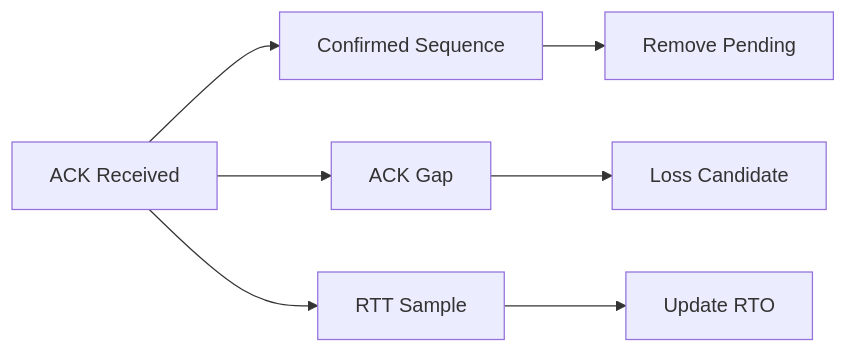
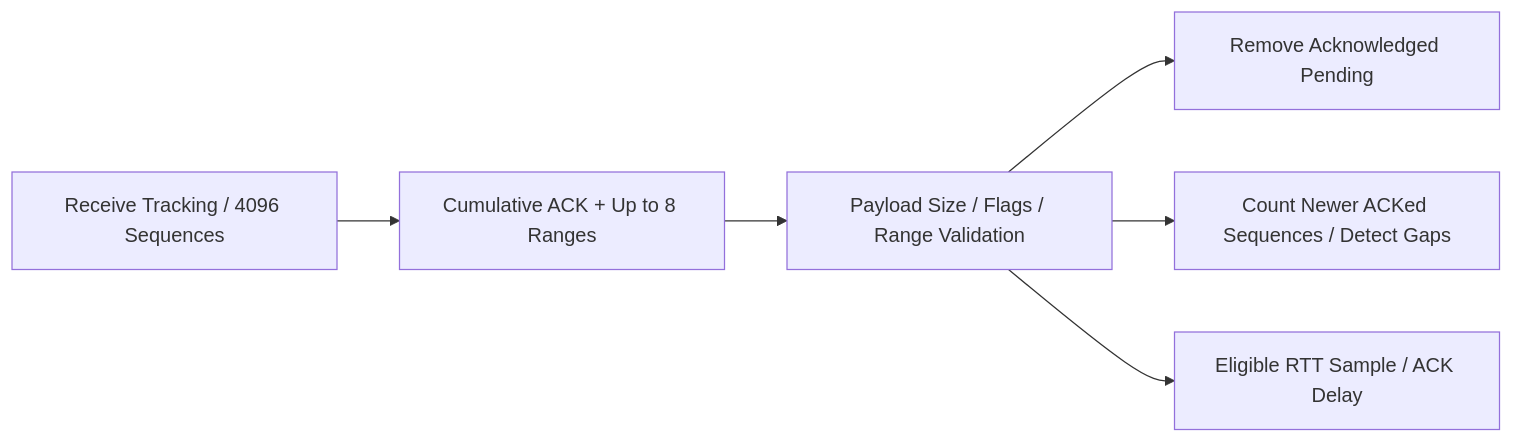
One commit to akxotjr/akxotjr.github.io changed the first of 2 diagrams in content/Projects/Jam/Networking/04. Reliable Datagram Delivery.md. Above: the diagram before and after it, drawn with Mermaid. The commit also changed other lines of this file and 34 other files, not shown here.

````diff
--- a/content/Projects/Jam/Networking/04. Reliable Datagram Delivery.md
+++ b/content/Projects/Jam/Networking/04. Reliable Datagram Delivery.md
@@ -88,17 +73,8 @@
 ```mermaid
 flowchart LR
-
-    Ack["ACK Received"]
-
-    Confirmed["Confirmed Sequence"]
-    Gap["ACK Gap"]
-    RTT["RTT Sample"]
-
-    Pending["Remove Pending"]
-    Loss["Loss Candidate"]
-    RTO["Update RTO"]
-
-    Ack --> Confirmed --> Pending
-    Ack --> Gap --> Loss
-    Ack --> RTT --> RTO
+    Received["Receive Tracking / 4096 Sequences"] --> Build["Cumulative ACK + Up to 8 Ranges"]
+    Build --> Validate["Payload Size / Flags / Range Validation"]
+    Validate --> Pending["Remove Acknowledged Pending"]
+    Validate --> Gap["Count Newer ACKed Sequences / Detect Gaps"]
+    Validate --> RTT["Eligible RTT Sample / ACK Delay"]
 ```
````
